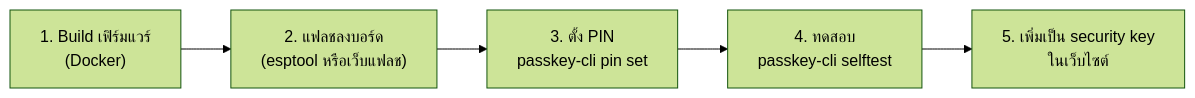
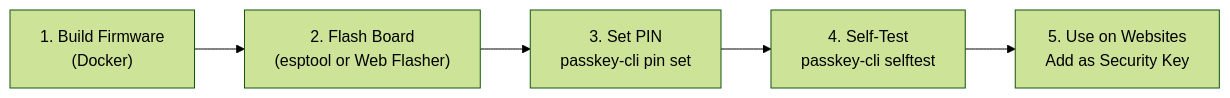
The third of 4 diagrams in README.md (ffe111/esp32-passkey), drawn with Mermaid (forest theme) before and after one commit. The commit also changed other lines of this file and 1 other file, not shown here.

````diff
--- a/README.md
+++ b/README.md
@@ -120,7 +136,7 @@
 ```mermaid
 flowchart LR
-    A["1. Build เฟิร์มแวร์<br/>(Docker)"] --> B["2. แฟลชลงบอร์ด<br/>(esptool หรือเว็บแฟลช)"]
-    B --> C["3. ตั้ง PIN<br/>passkey-cli pin set"]
-    C --> D["4. ทดสอบ<br/>passkey-cli selftest"]
-    D --> E["5. เพิ่มเป็น security key<br/>ในเว็บไซต์"]
+    A["1. Build Firmware<br/>(Docker)"] --> B["2. Flash Board<br/>(esptool or Web Flasher)"]
+    B --> C["3. Set PIN<br/>passkey-cli pin set"]
+    C --> D["4. Self-Test<br/>passkey-cli selftest"]
+    D --> E["5. Use on Websites<br/>Add as Security Key"]
 ```
````
